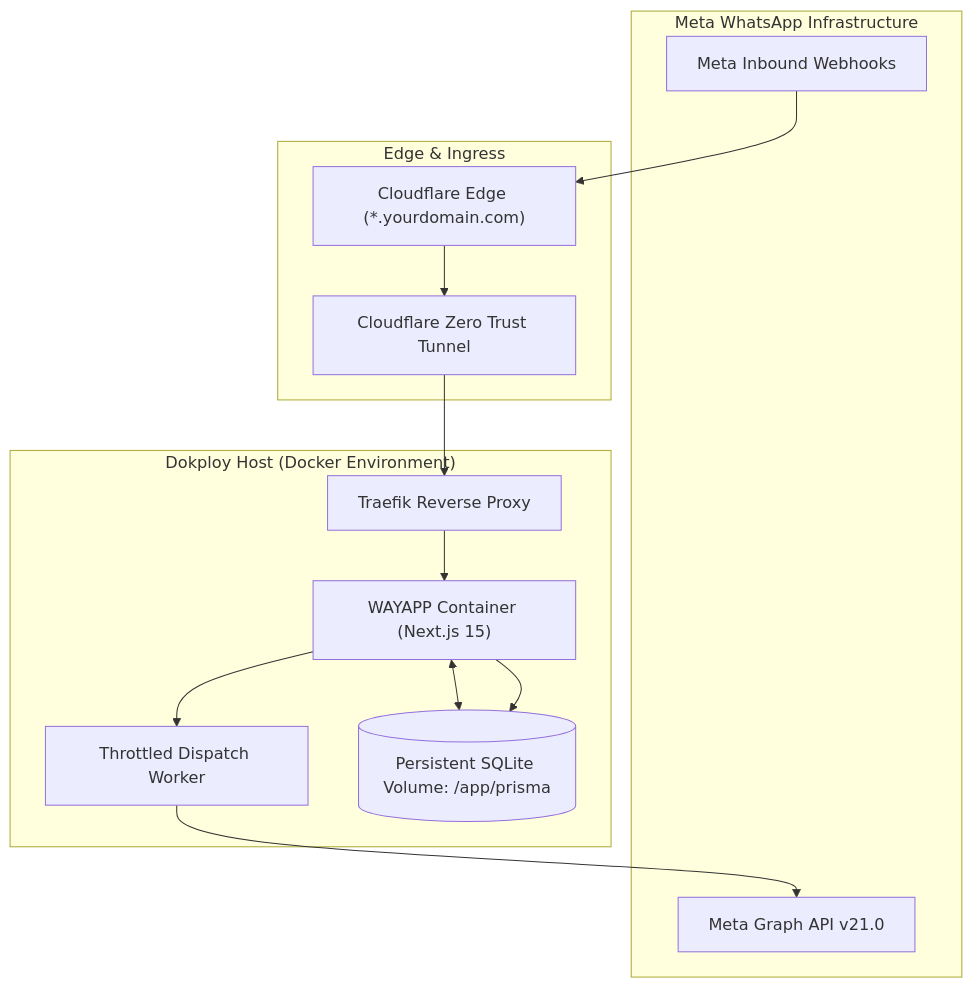
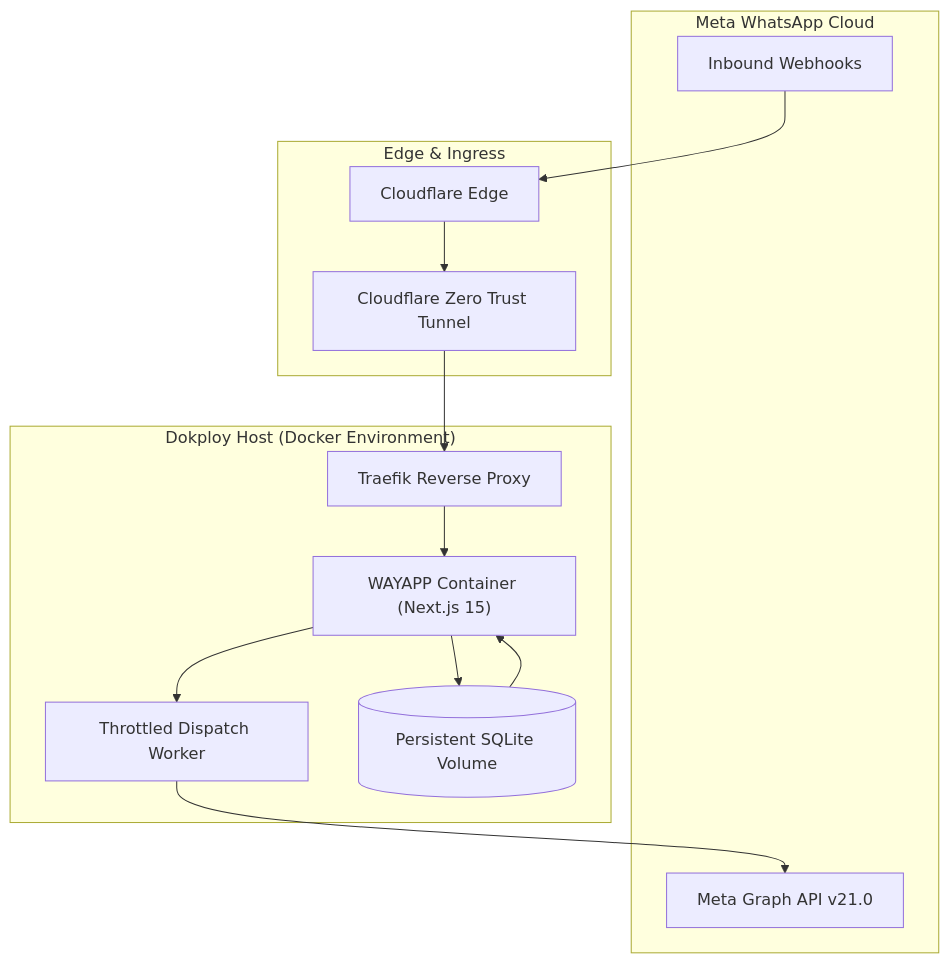
One commit to usmankhan4001/WAYAPP changed the diagram in README.md. Above: the diagram before and after it, drawn with Mermaid. The commit also changed other lines of this file and 6 other files, not shown here.

Commit message:
docs: clean emoji usage and fix mermaid flowchart syntax for github renderer

````diff
--- a/README.md
+++ b/README.md
@@ -90,25 +90,28 @@
 ```mermaid
-graph TD
-    subgraph Meta Cloud ["Meta WhatsApp Infrastructure"]
+flowchart TD
+    subgraph MetaCloud["Meta WhatsApp Cloud"]
         MetaAPI["Meta Graph API v21.0"]
-        MetaHook["Meta Inbound Webhooks"]
+        MetaHook["Inbound Webhooks"]
     end
 
-    subgraph Edge ["Edge & Ingress"]
-        CF["Cloudflare Edge (*.yourdomain.com)"]
+    subgraph EdgeNetwork["Edge & Ingress"]
+        CF["Cloudflare Edge"]
         Tunnel["Cloudflare Zero Trust Tunnel"]
     end
 
-    subgraph DokployHost ["Dokploy Host (Docker Environment)"]
+    subgraph DokployHost["Dokploy Host (Docker Environment)"]
         Traefik["Traefik Reverse Proxy"]
         App["WAYAPP Container (Next.js 15)"]
         Queue["Throttled Dispatch Worker"]
-        DB[("Persistent SQLite Volume: /app/prisma")]
+        DB[("Persistent SQLite Volume")]
     end
 
-    CF --> Tunnel --> Traefik --> App
-    App <--> DB
-    App --> Queue --> MetaAPI
+    CF --> Tunnel
+    Tunnel --> Traefik
+    Traefik --> App
+    App --> DB
+    DB --> App
+    App --> Queue
+    Queue --> MetaAPI
     MetaHook --> CF
-    App --> DB
 ```
````
